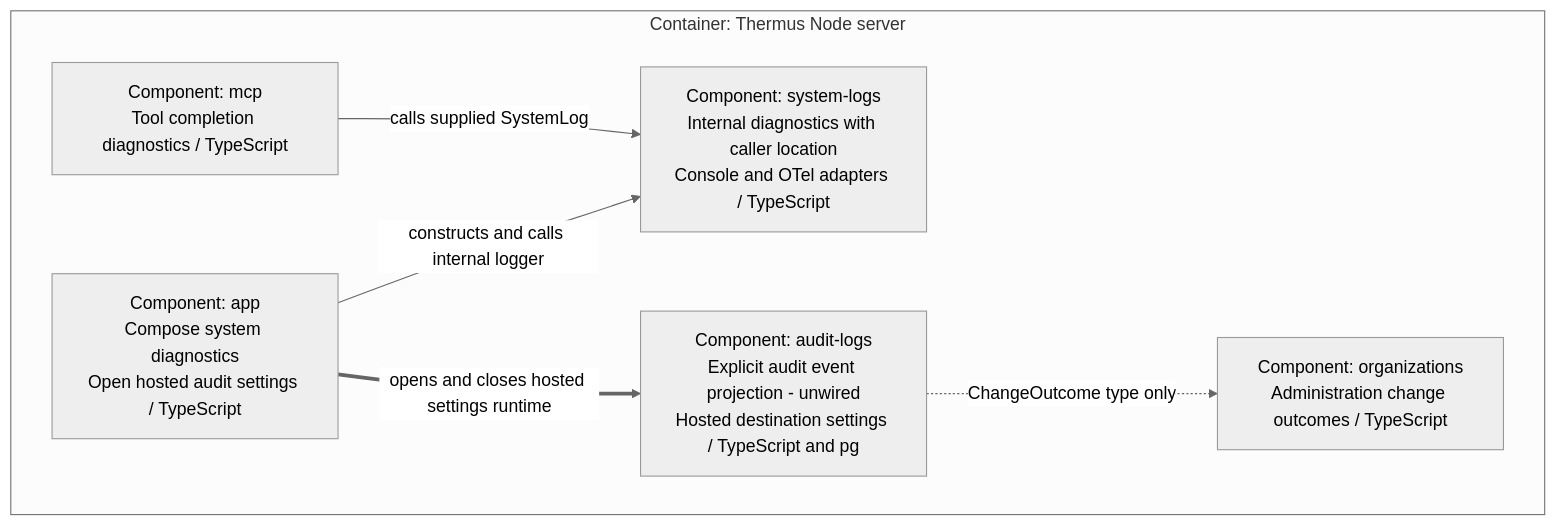
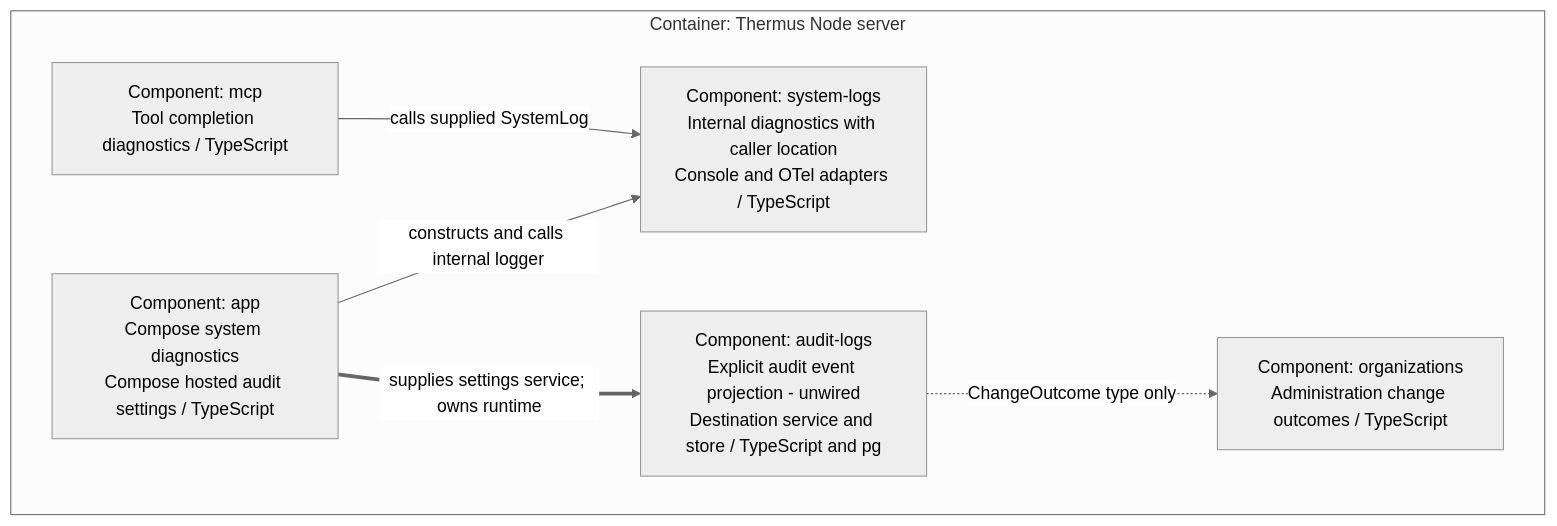
Before and after one commit to tomer-mayara/Thermus: the seventh of 13 diagrams in architecture/components.md, drawn with Mermaid (neutral theme). The commit also changed other lines of this file and 15 other files, not shown here.

````diff
--- a/architecture/components.md
+++ b/architecture/components.md
@@ -292,14 +292,14 @@
 ```mermaid
 flowchart TB
   subgraph logs_server["Container: Thermus Node server"]
-    logs_app["Component: app<br/>Compose system diagnostics<br/>Open hosted audit settings / TypeScript"]
+    logs_app["Component: app<br/>Compose system diagnostics<br/>Compose hosted audit settings / TypeScript"]
     logs_mcp["Component: mcp<br/>Tool completion diagnostics / TypeScript"]
     logs_system["Component: system-logs<br/>Internal diagnostics with caller location<br/>Console and OTel adapters / TypeScript"]
-    logs_audit["Component: audit-logs<br/>Explicit audit event projection - unwired<br/>Hosted destination settings / TypeScript and pg"]
+    logs_audit["Component: audit-logs<br/>Explicit audit event projection - unwired<br/>Destination service and store / TypeScript and pg"]
     logs_org["Component: organizations<br/>Administration change outcomes / TypeScript"]
   end
   logs_app -->|constructs and calls internal logger| logs_system
   logs_mcp -->|calls supplied SystemLog| logs_system
-  logs_app ==>|opens and closes hosted settings runtime| logs_audit
+  logs_app ==>|supplies settings service; owns runtime| logs_audit
   logs_audit -.->|ChangeOutcome type only| logs_org
 ```
````
